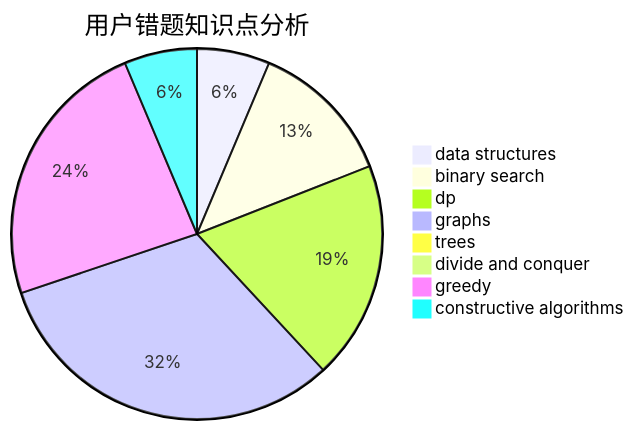
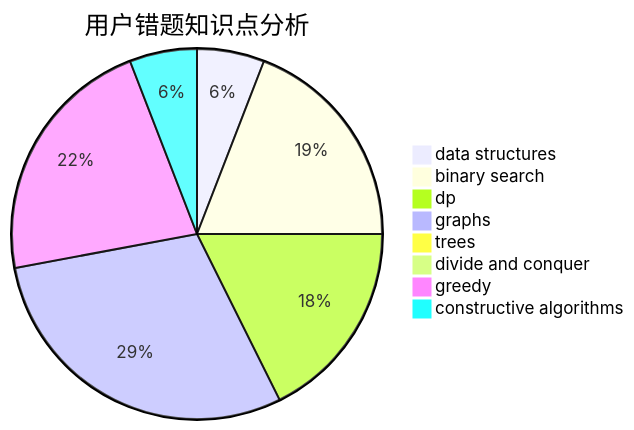
Before and after one commit to sherpahu/cfrs.github.io: the third of 3 diagrams in docs/user/u1767.md, drawn with Mermaid. The commit also changed other lines of this file and 2770 other files, not shown here.

````diff
--- a/docs/user/u1767.md
+++ b/docs/user/u1767.md
@@ -36,11 +36,11 @@
 ```mermaid
 pie title 用户错题知识点分析
     "data structures" :  8
-    "binary search" :  16
+    "binary search" :  26
     "dp" :  24
     "graphs" :  40
     "trees" :  0
     "divide and conquer" :  0
     "greedy" :  30
     "constructive algorithms" :  8
 ```
````
